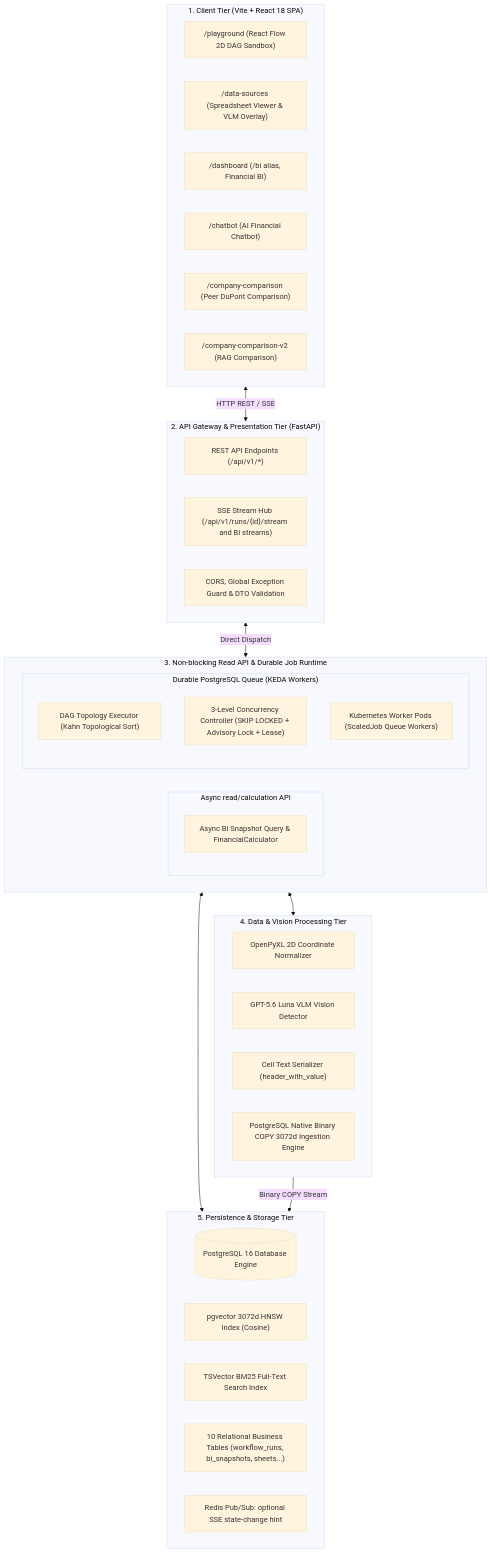
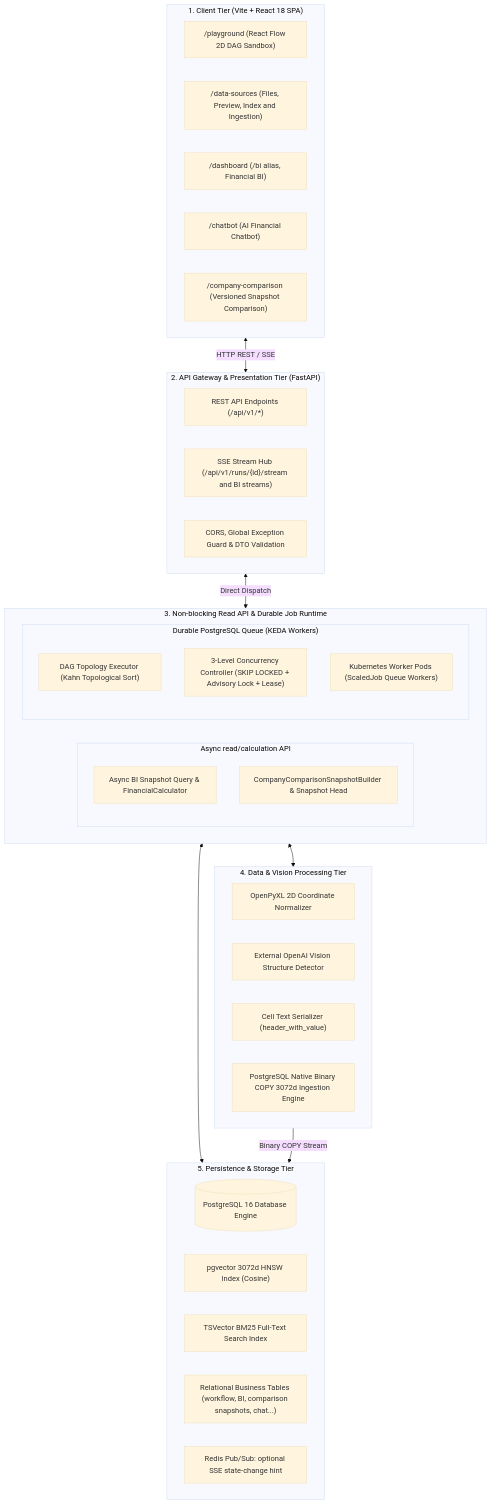
One commit to bist-mini-final/bist-mini-final changed the diagram in docs/final_report/03_system_architecture_and_design/SEC-301_system_topology_and_runtime.md. Above: the diagram before and after it, drawn with Mermaid (base theme). The commit also changed other lines of this file and 205 other files, not shown here.

Commit message:
feat: initialize full-stack workspace architecture with BI analytics, company comparison, and job orchestration modules

````diff
--- a/docs/final_report/03_system_architecture_and_design/SEC-301_system_topology_and_runtime.md
+++ b/docs/final_report/03_system_architecture_and_design/SEC-301_system_topology_and_runtime.md
@@ -11,49 +11,49 @@
 ```mermaid
 flowchart TD
     subgraph ClientTier ["1. Client Tier (Vite + React 18 SPA)"]
         UI_PLAY["/playground (React Flow 2D DAG Sandbox)"]
-        UI_DS["/data-sources (Spreadsheet Viewer & VLM Overlay)"]
+        UI_DS["/data-sources (Files, Preview, Index and Ingestion)"]
         UI_BI["/dashboard (/bi alias, Financial BI)"]
         UI_CHAT["/chatbot (AI Financial Chatbot)"]
-        UI_COMP["/company-comparison (Peer DuPont Comparison)"]
-        UI_COMP_V2["/company-comparison-v2 (RAG Comparison)"]
+        UI_COMP["/company-comparison (Versioned Snapshot Comparison)"]
     end
 
     subgraph ApiGatewayTier ["2. API Gateway & Presentation Tier (FastAPI)"]
         REST["REST API Endpoints (/api/v1/*)"]
         SSE["SSE Stream Hub (/api/v1/runs/{id}/stream and BI streams)"]
         AUTH["CORS, Global Exception Guard & DTO Validation"]
     end
 
     subgraph ExecutionTier ["3. Non-blocking Read API & Durable Job Runtime"]
         subgraph ReadApi ["Async read/calculation API"]
             BI_CALC["Async BI Snapshot Query & FinancialCalculator"]
+            COMP_CALC["CompanyComparisonSnapshotBuilder & Snapshot Head"]
         end
         subgraph DurableJobs ["Durable PostgreSQL Queue (KEDA Workers)"]
             DAG_EXEC["DAG Topology Executor (Kahn Topological Sort)"]
             LEASE["3-Level Concurrency Controller (SKIP LOCKED + Advisory Lock + Lease)"]
             KEDA_PODS["Kubernetes Worker Pods (ScaledJob Queue Workers)"]
         end
     end
 
     subgraph DataVisionEngine ["4. Data & Vision Processing Tier"]
         PARSER["OpenPyXL 2D Coordinate Normalizer"]
-        LUNA_VLM["GPT-5.6 Luna VLM Vision Detector"]
+        LUNA_VLM["External OpenAI Vision Structure Detector"]
         SERIALIZER["Cell Text Serializer (header_with_value)"]
         BINARY_COPY["PostgreSQL Native Binary COPY 3072d Ingestion Engine"]
     end
 
     subgraph PersistenceTier ["5. Persistence & Storage Tier"]
         PG_DB[("PostgreSQL 16 Database Engine")]
         PG_VEC["pgvector 3072d HNSW Index (Cosine)"]
         PG_FTS["TSVector BM25 Full-Text Search Index"]
-        PG_TABLES["10 Relational Business Tables (workflow_runs, bi_snapshots, sheets...)"]
+        PG_TABLES["Relational Business Tables (workflow, BI, comparison snapshots, chat...)"]
         REDIS["Redis Pub/Sub: optional SSE state-change hint"]
     end
 
     ClientTier <-->|HTTP REST / SSE| ApiGatewayTier
     ApiGatewayTier <-->|Direct Dispatch| ExecutionTier
     ExecutionTier <--> DataVisionEngine
     ExecutionTier <--> PersistenceTier
     DataVisionEngine -->|Binary COPY Stream| PersistenceTier
 ```
````
